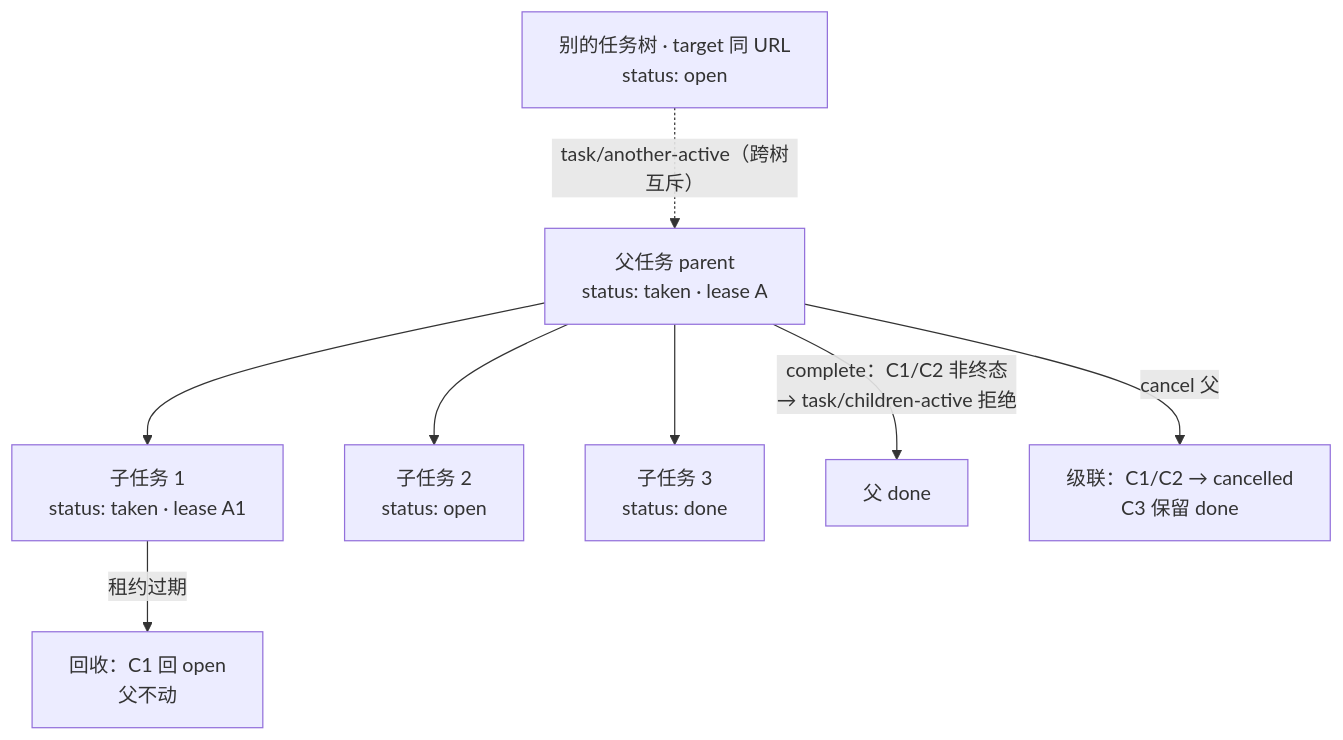
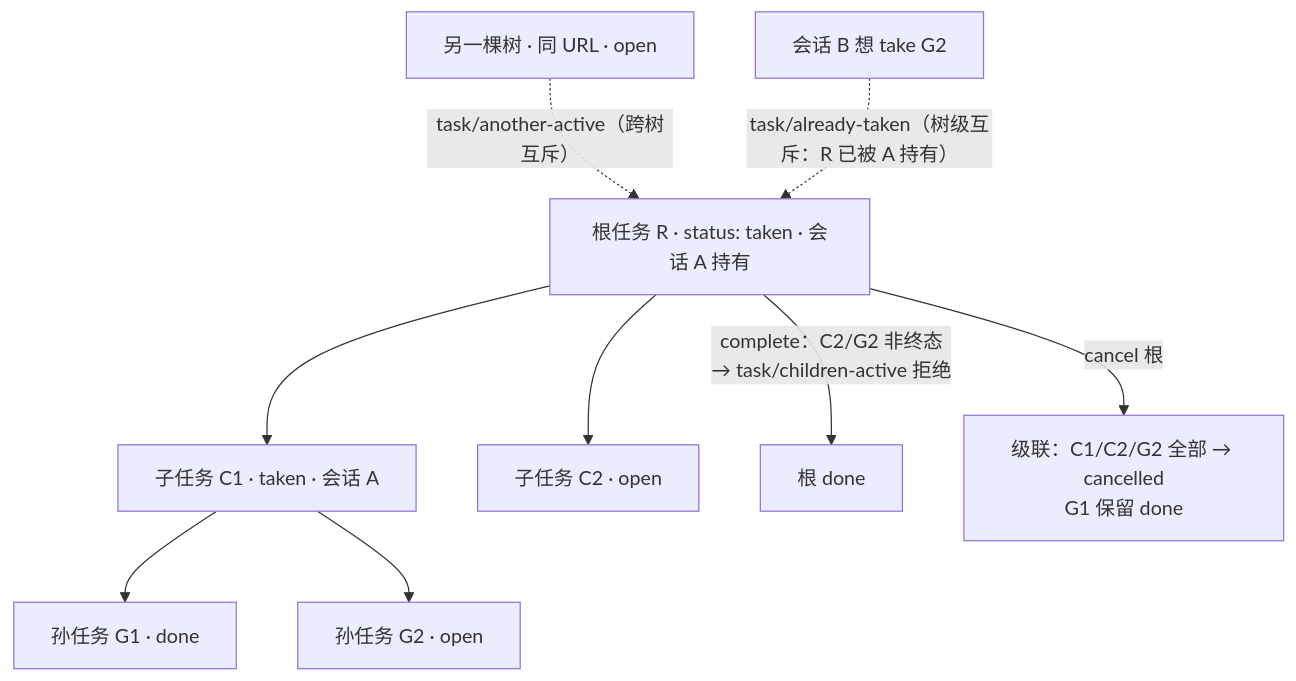
The third of 4 diagrams in docs/application-concept.cn.md (waixiaowai/veren), drawn with Mermaid before and after one commit. The commit also changed other lines of this file, not shown here.

Commit message:
docs(task-center): support arbitrary-depth task trees in subtask design

````diff
--- a/docs/application-concept.cn.md
+++ b/docs/application-concept.cn.md
@@ -834,17 +838,21 @@
 ```mermaid
 flowchart TB
-  P["父任务 parent<br/>status: taken · lease A"]
-  C1["子任务 1<br/>status: taken · lease A1"]
-  C2["子任务 2<br/>status: open"]
-  C3["子任务 3<br/>status: done"]
-  P --> C1
-  P --> C2
-  P --> C3
+  R["根任务 R · status: taken · 会话 A 持有"]
+  C1["子任务 C1 · taken · 会话 A"]
+  C2["子任务 C2 · open"]
+  G1["孙任务 G1 · done"]
+  G2["孙任务 G2 · open"]
+  R --> C1
+  R --> C2
+  C1 --> G1
+  C1 --> G2
 
-  X["别的任务树 · target 同 URL<br/>status: open"]
-  X -. "task/another-active（跨树互斥）" .-> P
+  S["另一棵树 · 同 URL · open"]
+  S -. "task/another-active（跨树互斥）" .-> R
 
-  P -- "complete：C1/C2 非终态<br/>→ task/children-active 拒绝" --> D["父 done"]
-  C1 -- "租约过期" --> R["回收：C1 回 open<br/>父不动"]
-  P -- "cancel 父" --> CC["级联：C1/C2 → cancelled<br/>C3 保留 done"]
+  W["会话 B 想 take G2"]
+  W -. "task/already-taken（树级互斥：R 已被 A 持有）" .-> R
+
+  R -- "complete：C2/G2 非终态<br/>→ task/children-active 拒绝" --> D["根 done"]
+  R -- "cancel 根" --> CC["级联：C1/C2/G2 全部 → cancelled<br/>G1 保留 done"]
 ```
````
